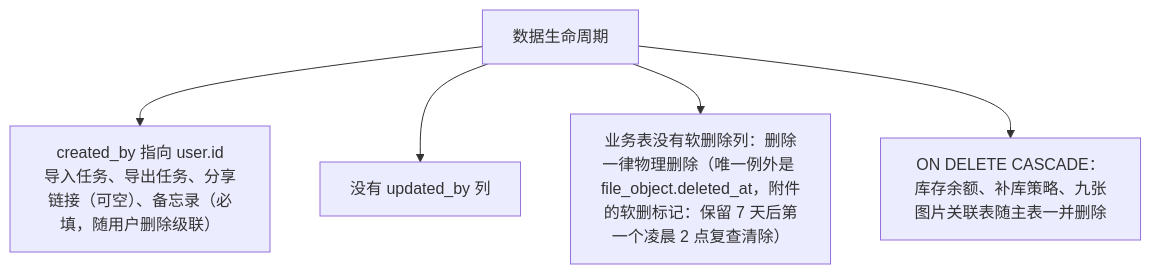
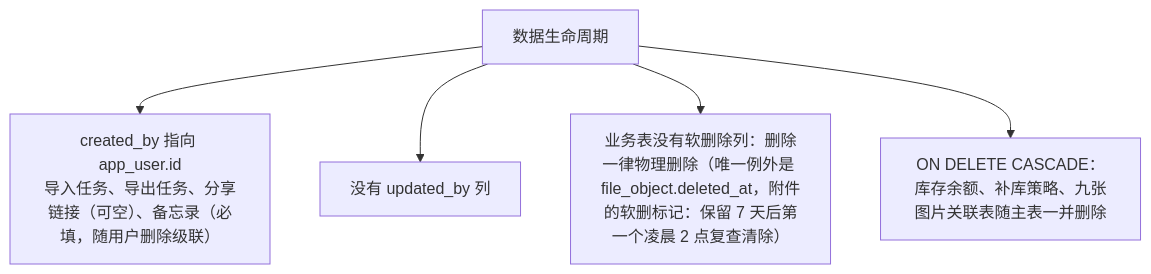
The fourth of 21 diagrams in docs/websites/pages/dev-data-model.md (Sakana-1314/Electrical-Manager), drawn with Mermaid before and after one commit. The commit also changed other lines of this file and 19 other files, not shown here.

````diff
--- a/docs/websites/pages/dev-data-model.md
+++ b/docs/websites/pages/dev-data-model.md
@@ -105,8 +105,8 @@
 ```mermaid
 flowchart TD
     R["数据生命周期"]
-    R --> C["created_by 指向 user.id<br/>导入任务、导出任务、分享链接（可空）、备忘录（必填，随用户删除级联）"]
+    R --> C["created_by 指向 app_user.id<br/>导入任务、导出任务、分享链接（可空）、备忘录（必填，随用户删除级联）"]
     R --> U["没有 updated_by 列"]
     R --> S["业务表没有软删除列：删除一律物理删除（唯一例外是 file_object.deleted_at，附件的软删标记：保留 7 天后第一个凌晨 2 点复查清除）"]
     R --> D["ON DELETE CASCADE：库存余额、补库策略、九张图片关联表随主表一并删除"]
 ```
````
